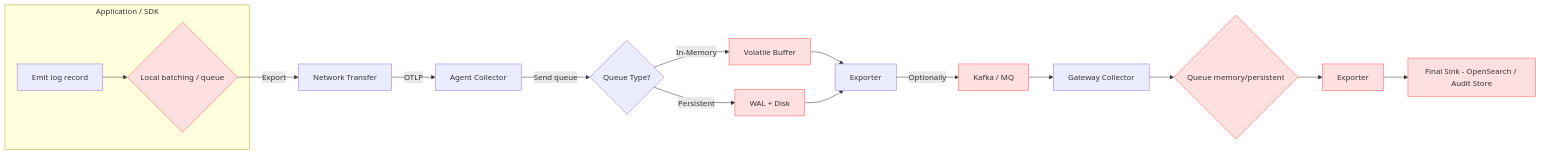
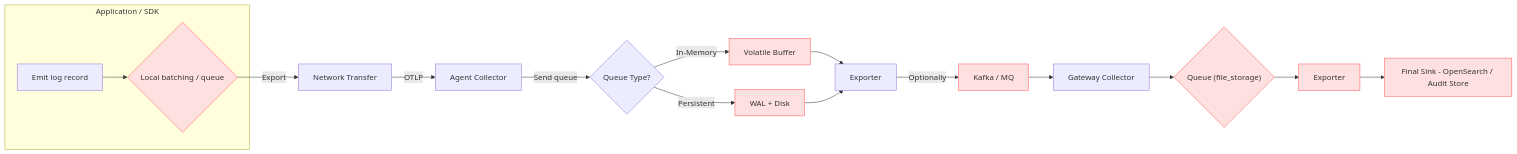
One commit to apeirora/audit-log-poc-for-otel changed the first of 2 diagrams in docs/community-proposal.md. Above: the diagram before and after it, drawn with Mermaid. The commit also changed other lines of this file, not shown here.

````diff
--- a/docs/community-proposal.md
+++ b/docs/community-proposal.md
@@ -47,30 +50,30 @@
 ```mermaid
 flowchart LR
   subgraph APP[Application / SDK]
     A[Emit log record]
     A --> B{Local batching / queue}
   end
   B -->|Export| C[Network Transfer]
   C -->|OTLP| D[Agent Collector]
   D -->|Send queue| E{Queue Type?}
   E -->|In-Memory| F1[Volatile Buffer]
   E -->|Persistent| F2[WAL + Disk]
   F1 --> G[Exporter]
   F2 --> G
   G -->|Optionally| H[Kafka / MQ]
   H --> I[Gateway Collector]
-  I --> J{"Queue memory/persistent"}
+  I --> J{"Queue (file_storage)"}
   J --> K[Exporter]
   K --> L[Final Sink - OpenSearch / Audit Store]
 
   %% Loss points annotations
   B:::lossPoint
   F1:::lossPoint
   F2:::lossPoint
   H:::lossPoint
   J:::lossPoint
   K:::lossPoint
   L:::lossPoint
 
   classDef lossPoint fill:#ffe0e0,stroke:#ff5555,stroke-width:1px
 ```
````
